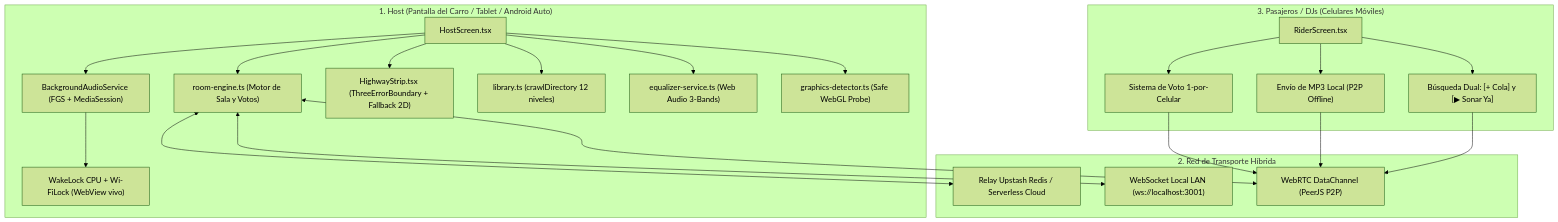
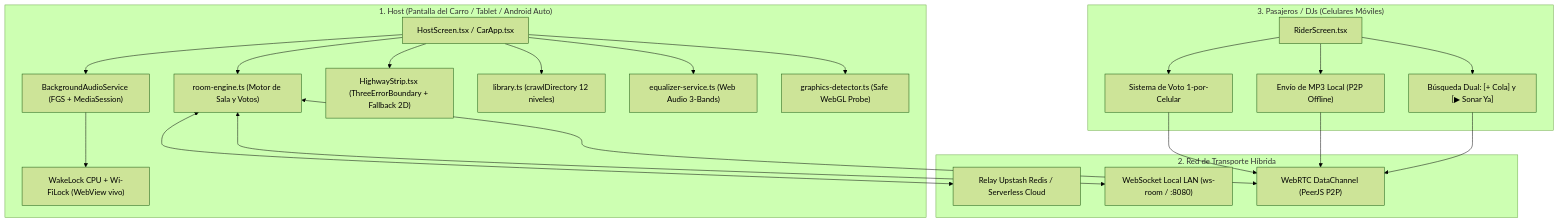
Before and after one commit to brayancortes22/carbeat: the diagram in README.md, drawn with Mermaid (forest theme). The commit also changed other lines of this file and 7 other files, not shown here.

````diff
--- a/README.md
+++ b/README.md
@@ -67,27 +105,27 @@
 ```mermaid
 flowchart TD
     subgraph CABINA_HOST ["1. Host (Pantalla del Carro / Tablet / Android Auto)"]
-        H_UI["HostScreen.tsx"] --> G_DET["graphics-detector.ts (Safe WebGL Probe)"]
+        H_UI["HostScreen.tsx / CarApp.tsx"] --> G_DET["graphics-detector.ts (Safe WebGL Probe)"]
         H_UI --> EQ["equalizer-service.ts (Web Audio 3-Bands)"]
         H_UI --> USB["library.ts (crawlDirectory 12 niveles)"]
         H_UI --> HW["HighwayStrip.tsx (ThreeErrorBoundary + Fallback 2D)"]
         H_UI --> RE["room-engine.ts (Motor de Sala y Votos)"]
         H_UI --> BG["BackgroundAudioService (FGS + MediaSession)"]
         BG --> WL["WakeLock CPU + Wi-FiLock (WebView vivo)"]
     end
 
     subgraph RED_TRANSPORTE ["2. Red de Transporte Híbrida"]
         RE <--> P2P["WebRTC DataChannel (PeerJS P2P)"]
-        RE <--> LAN["WebSocket Local LAN (ws://localhost:3001)"]
+        RE <--> LAN["WebSocket Local LAN (ws-room / :8080)"]
         RE <--> RELAY["Relay Upstash Redis / Serverless Cloud"]
     end
 
     subgraph PASAJEROS ["3. Pasajeros / DJs (Celulares Móviles)"]
         R_UI["RiderScreen.tsx"] --> ACT["Búsqueda Dual: [+ Cola] y [▶ Sonar Ya]"]
         R_UI --> MP3["Envío de MP3 Local (P2P Offline)"]
         R_UI --> VOTE["Sistema de Voto 1-por-Celular"]
         ACT --> P2P
         MP3 --> P2P
         VOTE --> P2P
     end
 ```
````
